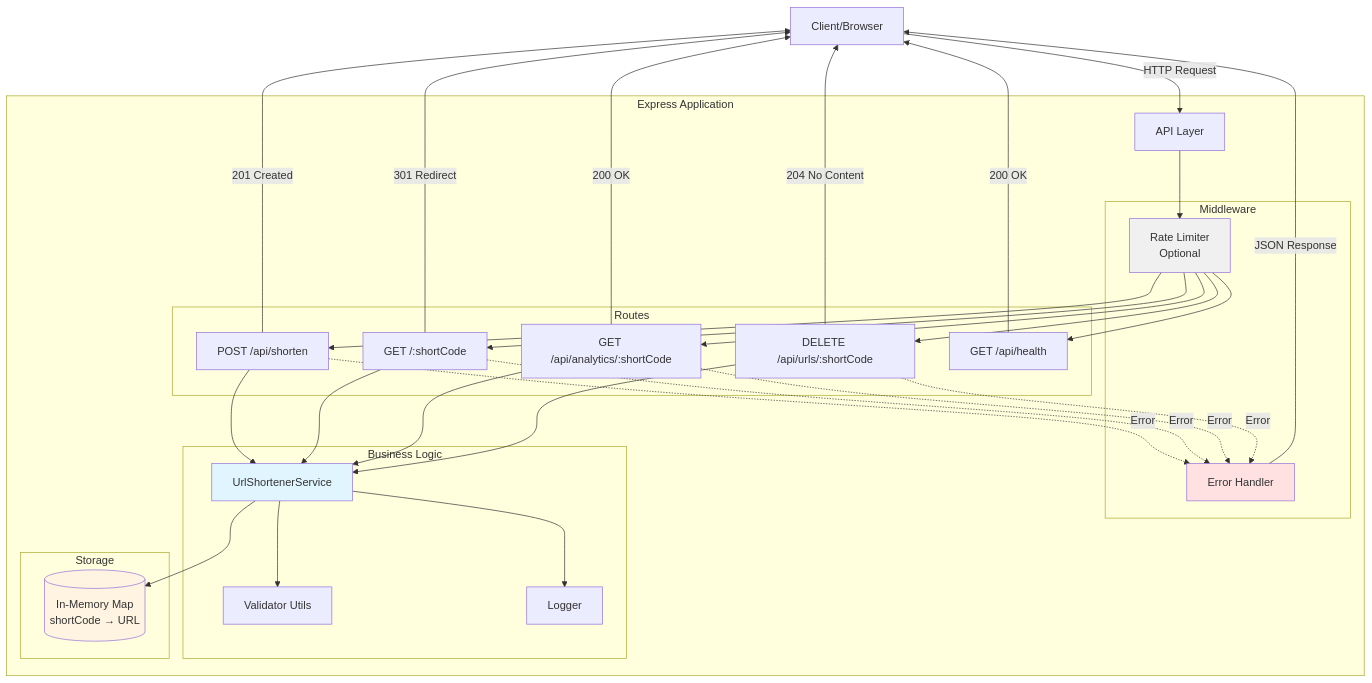
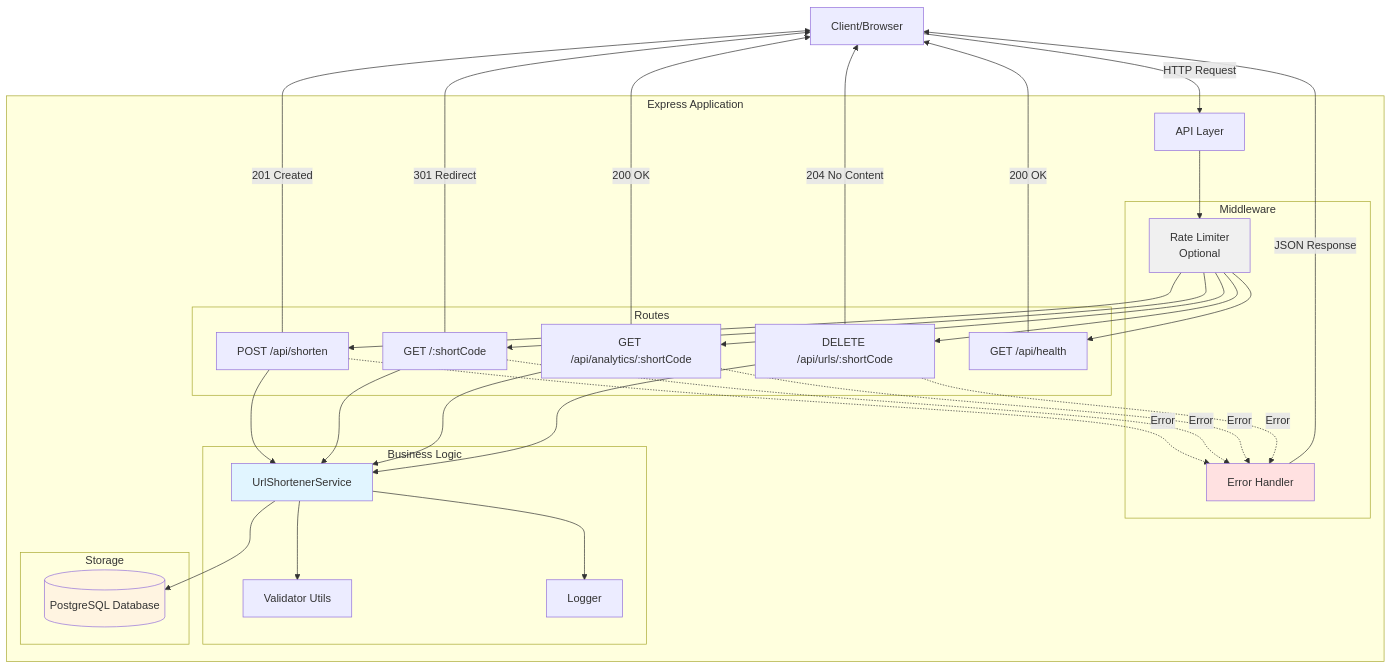
Before and after one commit to kaikezhang/url-shortener: the diagram in README.md, drawn with Mermaid. The commit also changed other lines of this file and 11 other files, not shown here.

````diff
--- a/README.md
+++ b/README.md
@@ -31,65 +31,65 @@
 ```mermaid
 graph TB
     Client[Client/Browser]
 
     subgraph "Express Application"
         API[API Layer]
 
         subgraph "Middleware"
             RateLimit[Rate Limiter<br/>Optional]
             ErrorHandler[Error Handler]
         end
 
         subgraph "Routes"
             CreateRoute[POST /api/shorten]
             RedirectRoute[GET /:shortCode]
             AnalyticsRoute[GET /api/analytics/:shortCode]
             DeleteRoute[DELETE /api/urls/:shortCode]
             HealthRoute[GET /api/health]
         end
 
         subgraph "Business Logic"
             Service[UrlShortenerService]
             Validator[Validator Utils]
             Logger[Logger]
         end
 
         subgraph "Storage"
-            Store[(In-Memory Map<br/>shortCode → URL)]
+            Store[(PostgreSQL Database)]
         end
     end
 
     Client -->|HTTP Request| API
     API --> RateLimit
     RateLimit --> CreateRoute
     RateLimit --> RedirectRoute
     RateLimit --> AnalyticsRoute
     RateLimit --> DeleteRoute
     RateLimit --> HealthRoute
 
     CreateRoute --> Service
     RedirectRoute --> Service
     AnalyticsRoute --> Service
     DeleteRoute --> Service
 
     Service --> Validator
     Service --> Logger
     Service --> Store
 
     CreateRoute -.->|Error| ErrorHandler
     RedirectRoute -.->|Error| ErrorHandler
     AnalyticsRoute -.->|Error| ErrorHandler
     DeleteRoute -.->|Error| ErrorHandler
 
     ErrorHandler -->|JSON Response| Client
     RedirectRoute -->|301 Redirect| Client
     CreateRoute -->|201 Created| Client
     AnalyticsRoute -->|200 OK| Client
     DeleteRoute -->|204 No Content| Client
     HealthRoute -->|200 OK| Client
 
     style Service fill:#e1f5ff
     style Store fill:#fff4e1
     style RateLimit fill:#f0f0f0
     style ErrorHandler fill:#ffe1e1
 ```
````
